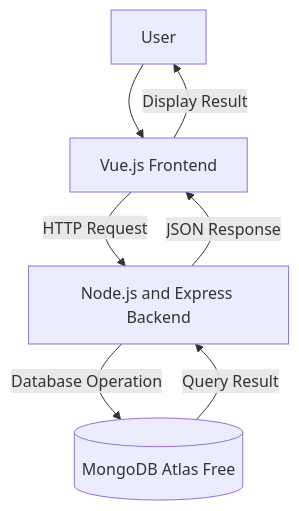
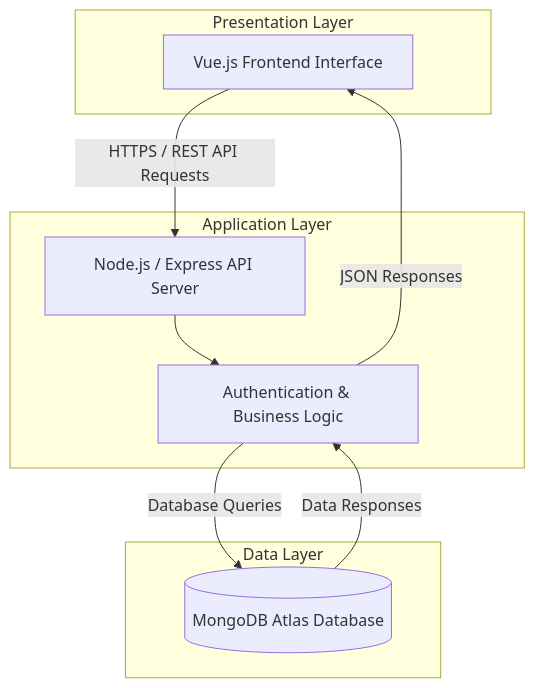
One commit to Johndeelagman/lagman-module6-architecture changed the diagram in docs/architecture.md. Above: the diagram before and after it, drawn with Mermaid.

Commit message:
docs: fix mermaid diagram syntax

````diff
--- a/docs/architecture.md
+++ b/docs/architecture.md
@@ -31,9 +31,21 @@
 ```mermaid
-flowchart TD
-U[User] --> F[Vue.js Frontend]
-F -->|HTTP Request| B[Node.js and Express Backend]
-B -->|Database Operation| D[(MongoDB Atlas Free)]
-D -->|Query Result| B
-B -->|JSON Response| F
-F -->|Display Result| U
-```
+graph TD
+    subgraph Presentation_Layer [Presentation Layer]
+        A[Vue.js Frontend Interface]
+    end
+
+    subgraph Application_Layer [Application Layer]
+        B[Node.js / Express API Server]
+        C[Authentication & Business Logic]
+    end
+
+    subgraph Data_Layer [Data Layer]
+        D[(MongoDB Atlas Database)]
+    end
+
+    A -->|HTTPS / REST API Requests| B
+    B --> C
+    C -->|Database Queries| D
+    D -->|Data Responses| C
+    C -->|JSON Responses| A
+```    
````
